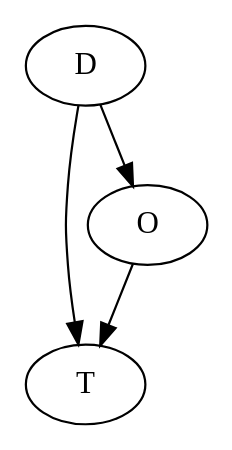
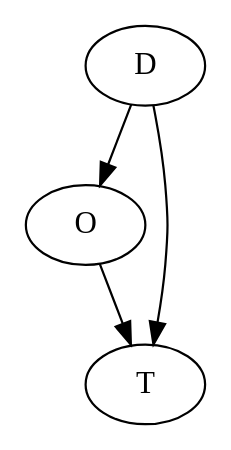
One commit to pascalj/thesis-template changed the diagram in img/dot/graph.dot. Above: the diagram before and after it, drawn with Graphviz. The commit also changed 6 other files, not shown here.

First line of the commit message:
Convert DOT to Tex

```diff
--- a/img/dot/graph.dot
+++ b/img/dot/graph.dot
@@ -1,5 +1,10 @@
 digraph {
+        // texlbl label are only needed for math mode.
+        // See dot2tex documentation!
+        D [texlbl="$D_1$"]
+        O [texlbl="$O_2$"]
+        T [texlbl="$T_3$"]
         D -> T
         D -> O
         O -> T
 }
```
